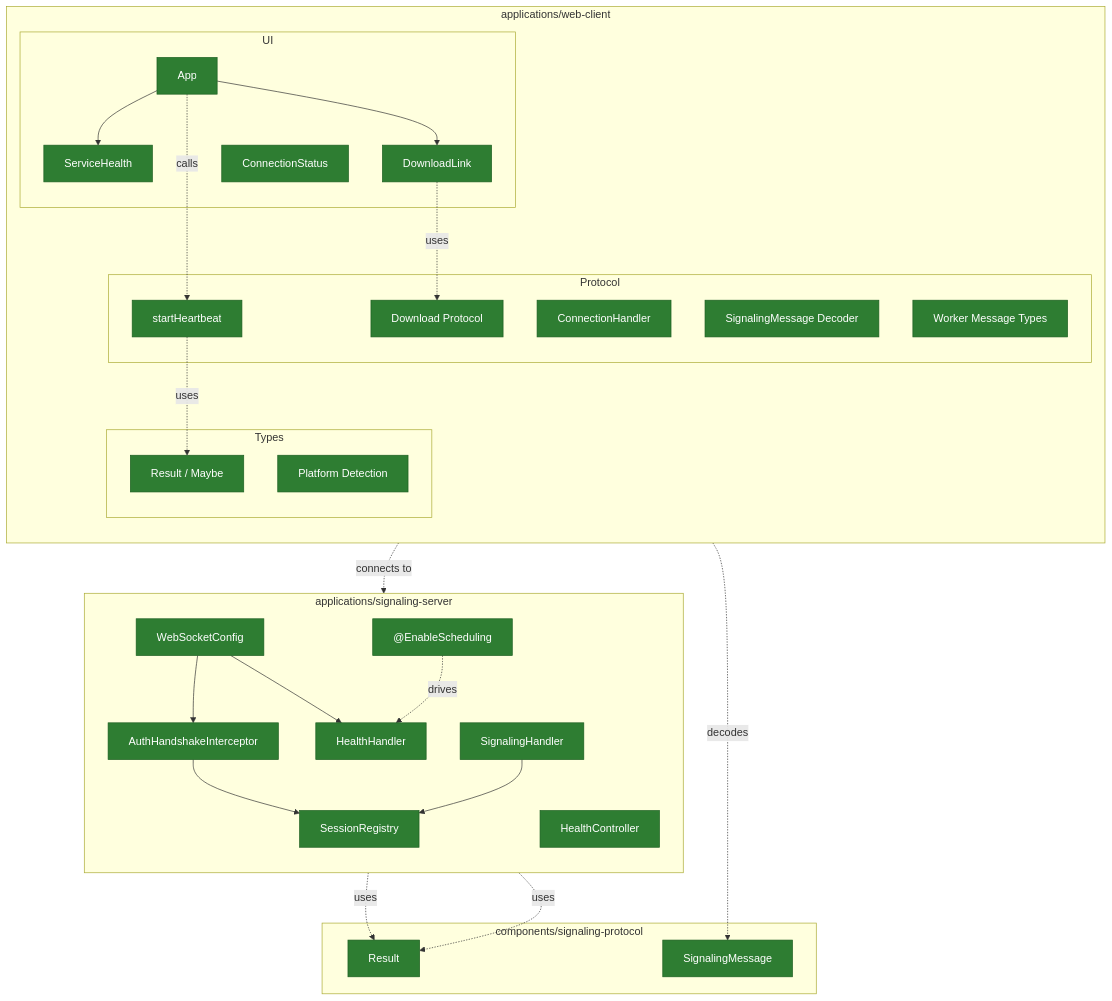
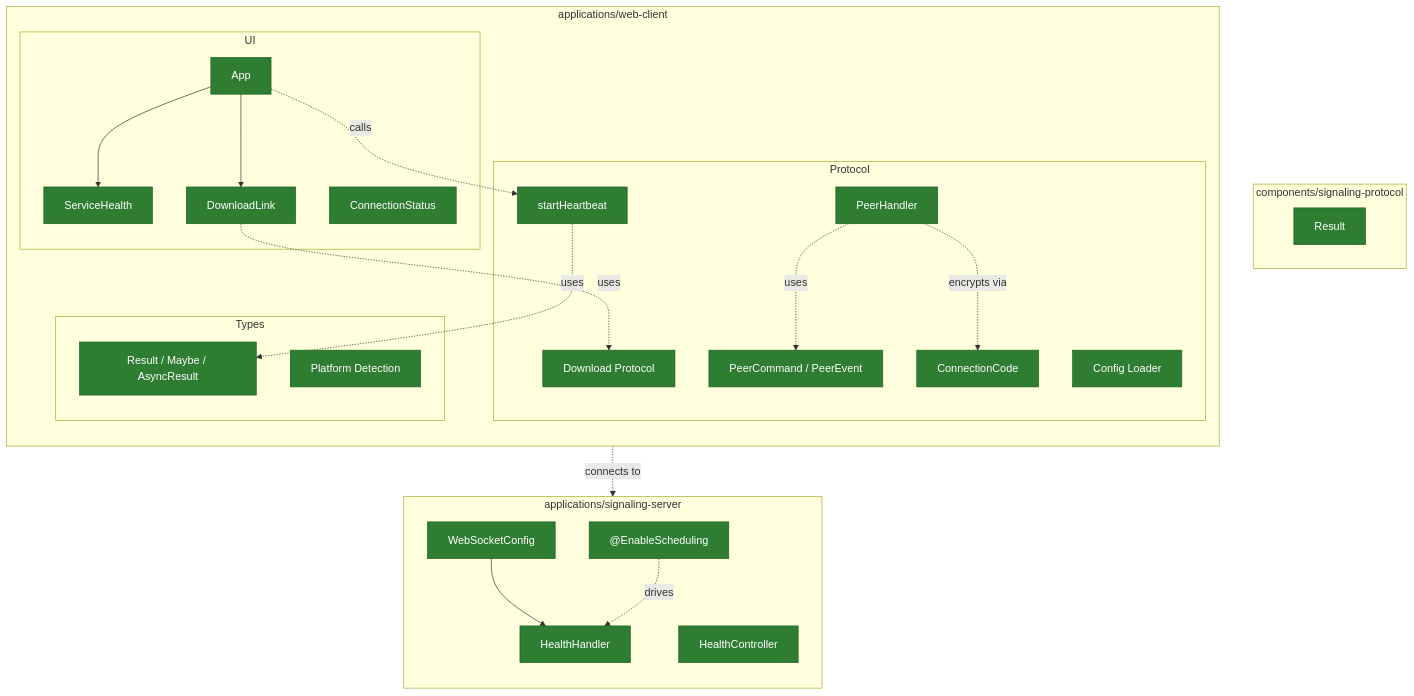
Before and after one commit to RyanDur/battleship: the first of 3 diagrams in docs/architecture.md, drawn with Mermaid. The commit also changed other lines of this file and 1 other file, not shown here.

First line of the commit message:
Update architecture and README to reflect Iteration 4

````diff
--- a/docs/architecture.md
+++ b/docs/architecture.md
@@ -5,65 +5,59 @@
 ```mermaid
 graph TB
     subgraph "applications/signaling-server"
         direction TB
-        WC[WebSocketConfig] --> AH[AuthHandshakeInterceptor] --> SR[SessionRegistry]
-        WC --> HH[HealthHandler]
-        SH[SignalingHandler] --> SR
+        WC[WebSocketConfig] --> HH[HealthHandler]
         ES["@EnableScheduling"] -.->|drives| HH
         HC[HealthController]
     end
 
     subgraph "components/signaling-protocol"
         RT[Result]
-        SM[SignalingMessage]
     end
 
     subgraph "applications/web-client"
         direction TB
         subgraph "UI"
             APP[App] --> SHC[ServiceHealth]
             APP --> DL[DownloadLink]
             CS[ConnectionStatus]
         end
         subgraph "Protocol"
             HB[startHeartbeat]
-            CH[ConnectionHandler]
-            DC[SignalingMessage Decoder]
+            PH[PeerHandler]
+            CC[ConnectionCode]
+            CFG[Config Loader]
             DLProto[Download Protocol]
-            WT[Worker Message Types]
+            WT[PeerCommand / PeerEvent]
         end
         subgraph "Types"
-            RS[Result / Maybe]
+            RS[Result / Maybe / AsyncResult]
             PL[Platform Detection]
         end
     end
 
     APP -.->|calls| HB
     HB -.->|connects to| HH
     DL -.->|uses| DLProto
-    AH -.->|uses| RT
-    SR -.->|uses| RT
     HB -.->|uses| RS
-    DC -.->|decodes| SM
+    PH -.->|uses| WT
+    PH -.->|encrypts via| CC
 
     style HC fill:#2e7d32,stroke:#1b5e20,color:#fff
     style HH fill:#2e7d32,stroke:#1b5e20,color:#fff
     style WC fill:#2e7d32,stroke:#1b5e20,color:#fff
-    style AH fill:#2e7d32,stroke:#1b5e20,color:#fff
-    style SH fill:#2e7d32,stroke:#1b5e20,color:#fff
-    style SR fill:#2e7d32,stroke:#1b5e20,color:#fff
     style ES fill:#2e7d32,stroke:#1b5e20,color:#fff
     style RT fill:#2e7d32,stroke:#1b5e20,color:#fff
-    style SM fill:#2e7d32,stroke:#1b5e20,color:#fff
     style APP fill:#2e7d32,stroke:#1b5e20,color:#fff
     style SHC fill:#2e7d32,stroke:#1b5e20,color:#fff
     style DL fill:#2e7d32,stroke:#1b5e20,color:#fff
     style HB fill:#2e7d32,stroke:#1b5e20,color:#fff
     style RS fill:#2e7d32,stroke:#1b5e20,color:#fff
-    style DC fill:#2e7d32,stroke:#1b5e20,color:#fff
-    style CH fill:#2e7d32,stroke:#1b5e20,color:#fff
+    style PH fill:#2e7d32,stroke:#1b5e20,color:#fff
+    style CC fill:#2e7d32,stroke:#1b5e20,color:#fff
+    style CFG fill:#2e7d32,stroke:#1b5e20,color:#fff
     style CS fill:#2e7d32,stroke:#1b5e20,color:#fff
     style WT fill:#2e7d32,stroke:#1b5e20,color:#fff
     style PL fill:#2e7d32,stroke:#1b5e20,color:#fff
     style DLProto fill:#2e7d32,stroke:#1b5e20,color:#fff
 ```
````
